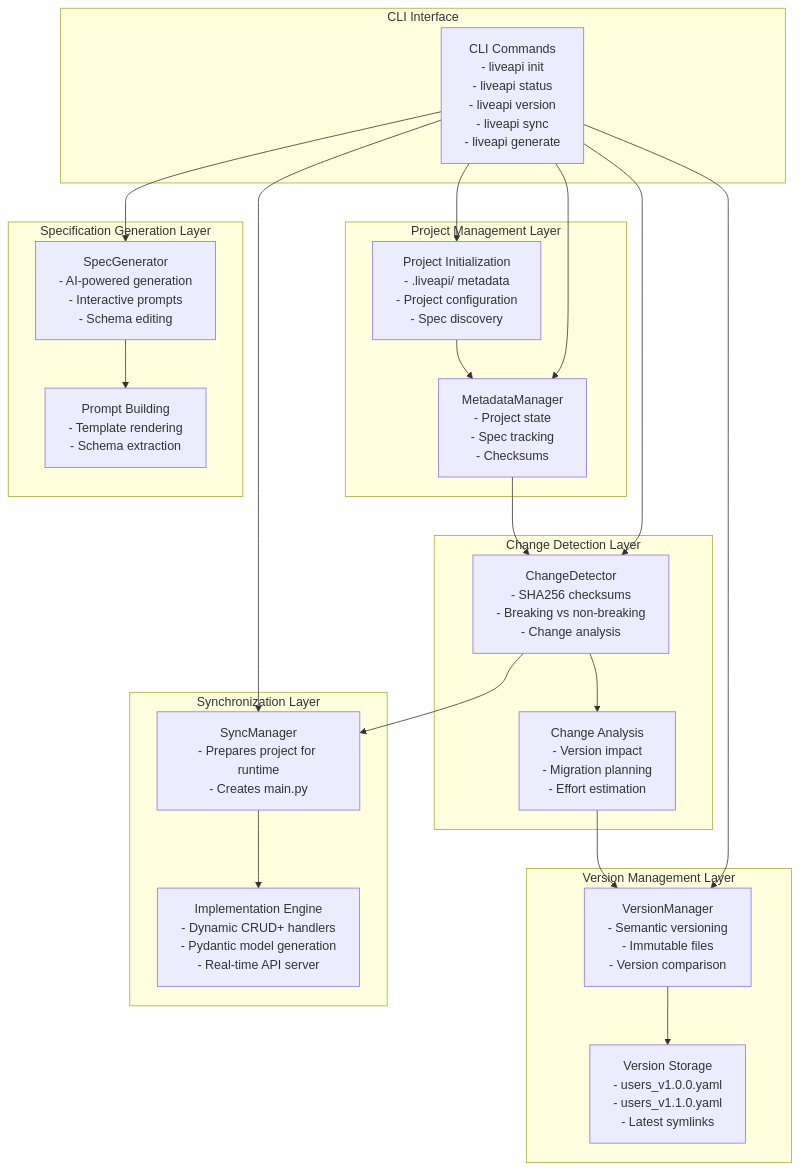
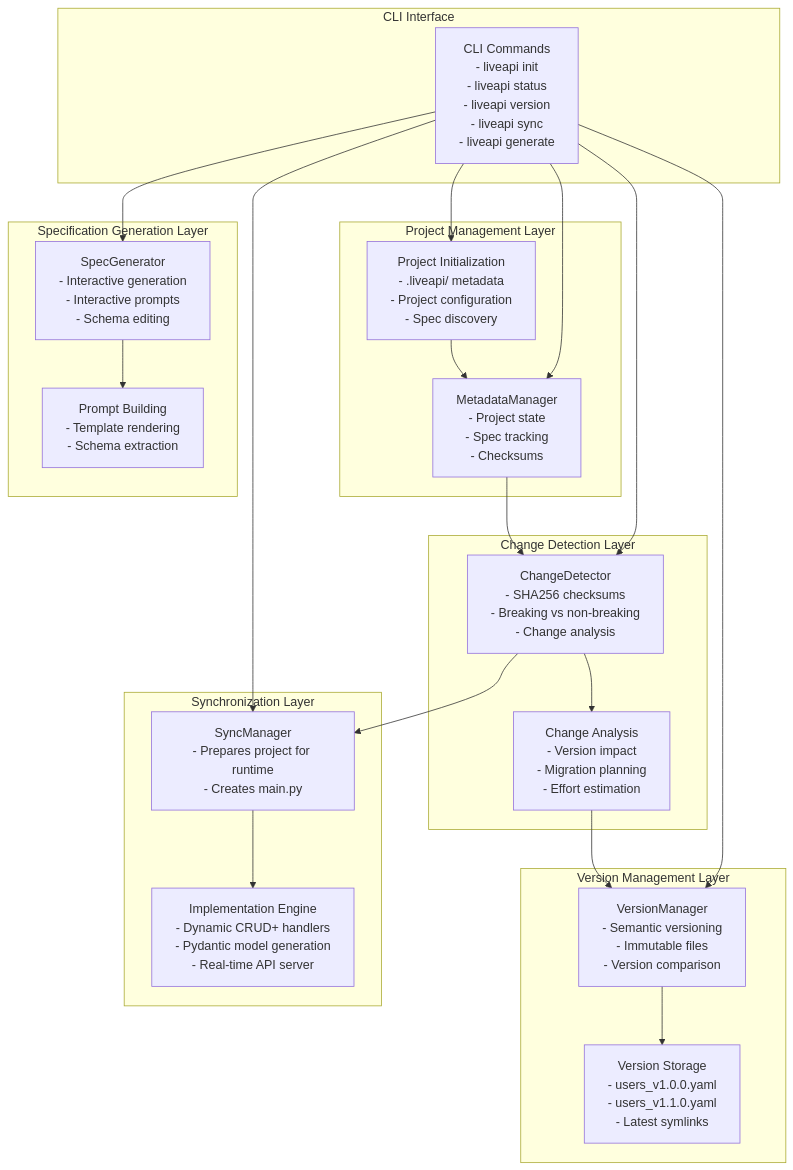
Before and after one commit to NationalGalleryOfArt/liveapi: the first of 3 diagrams in ARCHITECTURE.md, drawn with Mermaid. The commit also changed other lines of this file and 2 other files, not shown here.

````diff
--- a/ARCHITECTURE.md
+++ b/ARCHITECTURE.md
@@ -11,47 +11,47 @@
 ```mermaid
 graph TB
     subgraph "Project Management Layer"
         INIT[Project Initialization<br/>- .liveapi/ metadata<br/>- Project configuration<br/>- Spec discovery]
         META[MetadataManager<br/>- Project state<br/>- Spec tracking<br/>- Checksums]
     end
     
     subgraph "Change Detection Layer"
         DETECTOR[ChangeDetector<br/>- SHA256 checksums<br/>- Breaking vs non-breaking<br/>- Change analysis]
         ANALYZER[Change Analysis<br/>- Version impact<br/>- Migration planning<br/>- Effort estimation]
     end
     
     subgraph "Version Management Layer"
         VMANAGER[VersionManager<br/>- Semantic versioning<br/>- Immutable files<br/>- Version comparison]
         VERSIONS[Version Storage<br/>- users_v1.0.0.yaml<br/>- users_v1.1.0.yaml<br/>- Latest symlinks]
     end
     
     subgraph "Synchronization Layer"
         SYNC[SyncManager<br/>- Prepares project for runtime<br/>- Creates main.py]
         IMPLEMENTATION[Implementation Engine<br/>- Dynamic CRUD+ handlers<br/>- Pydantic model generation<br/>- Real-time API server]
     end
     
     subgraph "Specification Generation Layer"
-        GENERATOR[SpecGenerator<br/>- AI-powered generation<br/>- Interactive prompts<br/>- Schema editing]
+        GENERATOR[SpecGenerator<br/>- Interactive generation<br/>- Interactive prompts<br/>- Schema editing]
         PROMPT[Prompt Building<br/>- Template rendering<br/>- Schema extraction]
     end
     
     subgraph "CLI Interface"
         CLI[CLI Commands<br/>- liveapi init<br/>- liveapi status<br/>- liveapi version<br/>- liveapi sync<br/>- liveapi generate]
     end
     
     CLI --> INIT
     CLI --> META
     CLI --> DETECTOR
     CLI --> VMANAGER
     CLI --> SYNC
     CLI --> GENERATOR
     
     INIT --> META
     META --> DETECTOR
     DETECTOR --> ANALYZER
     ANALYZER --> VMANAGER
     VMANAGER --> VERSIONS
     DETECTOR --> SYNC
     SYNC --> IMPLEMENTATION
     GENERATOR --> PROMPT
 ```
````
